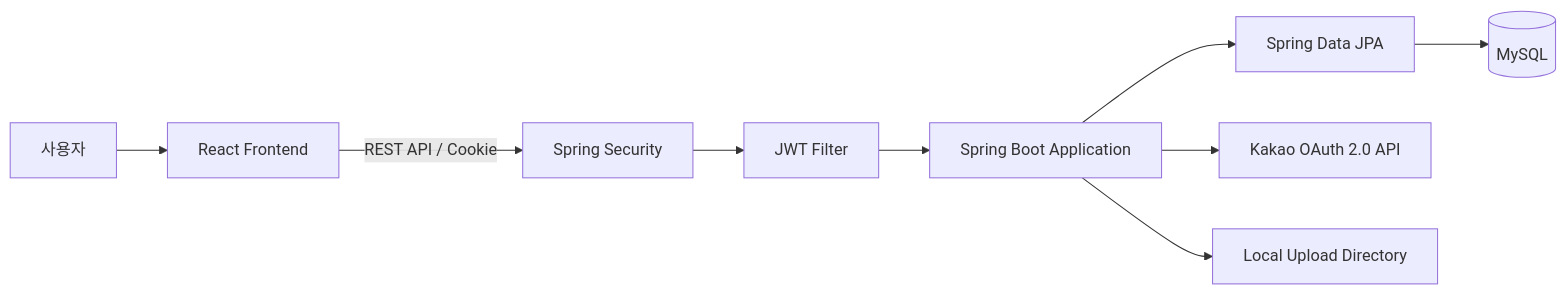
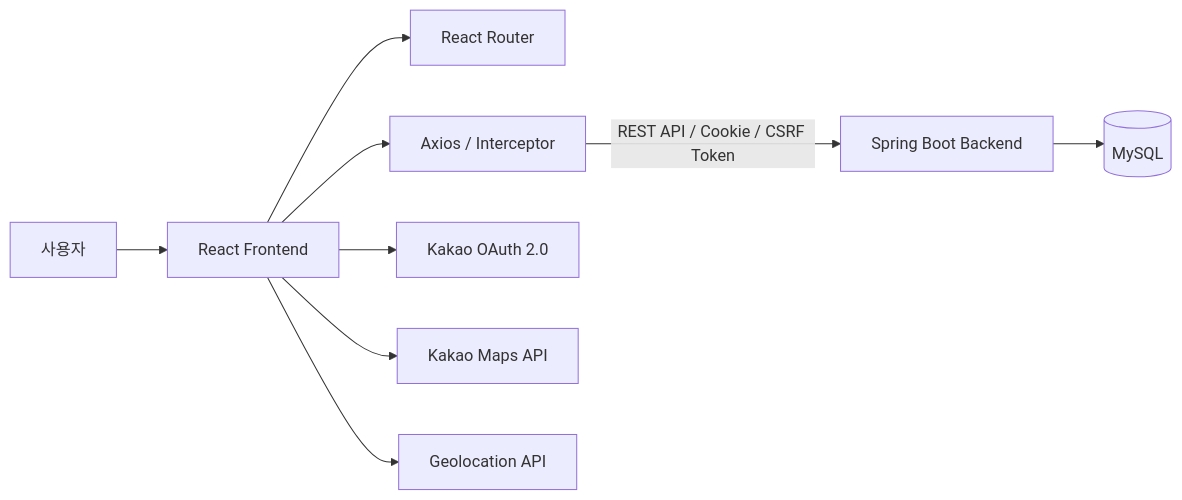
One commit to woohyun1007/Petmily_FE changed the first of 2 diagrams in README.md. Above: the diagram before and after it, drawn with Mermaid. The commit also changed other lines of this file, not shown here.

````diff
--- a/README.md
+++ b/README.md
@@ -36,11 +38,11 @@
 ```mermaid
 flowchart LR
     U[사용자] --> FE[React Frontend]
-    FE -->|REST API / Cookie| SEC[Spring Security]
-    SEC --> JWT[JWT Filter]
-    JWT --> APP[Spring Boot Application]
-    APP --> JPA[Spring Data JPA]
-    JPA --> DB[(MySQL)]
-    APP --> KAKAO[Kakao OAuth 2.0 API]
-    APP --> FILE[Local Upload Directory]
+    FE --> ROUTER[React Router]
+    FE --> AXIOS[Axios / Interceptor]
+    AXIOS -->|REST API / Cookie / CSRF Token| BE[Spring Boot Backend]
+    FE --> KAKAO[Kakao OAuth 2.0]
+    FE --> MAP[Kakao Maps API]
+    FE --> GEO[Geolocation API]
+    BE --> DB[(MySQL)]
 ```
````
